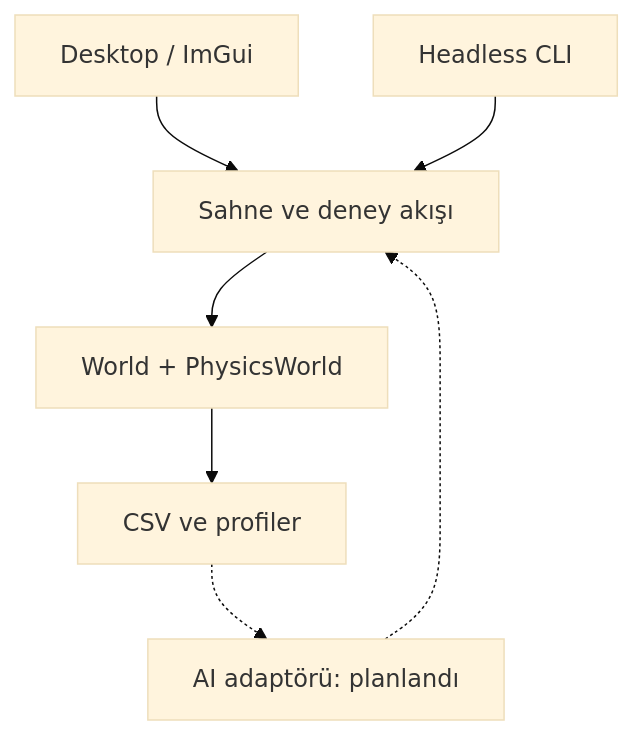
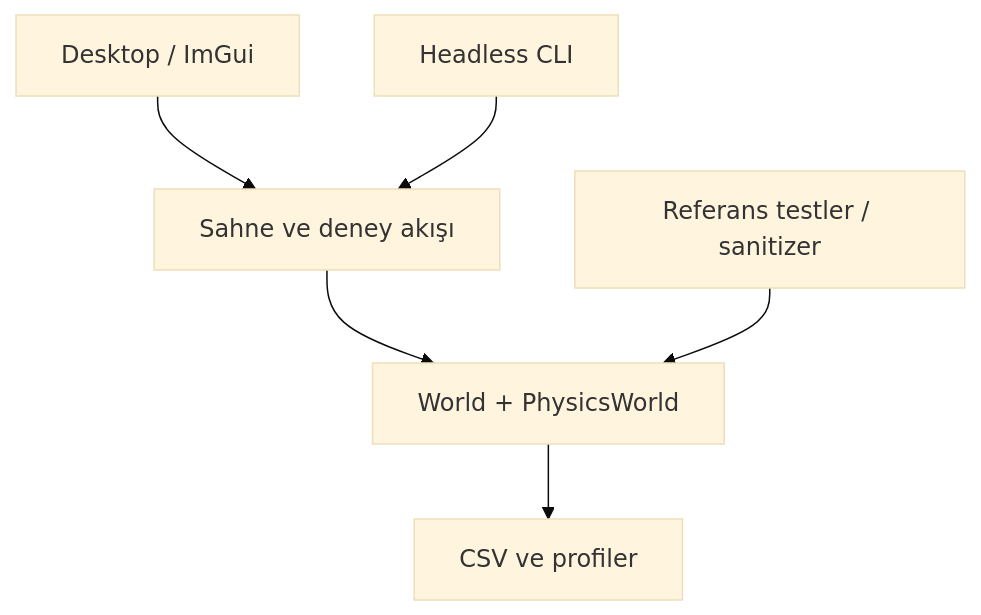
One commit to mirackeser/SimForge changed the diagram in docs/ARCHITECTURE.md. Above: the diagram before and after it, drawn with Mermaid (base theme). The commit also changed other lines of this file and 6 other files, not shown here.

````diff
--- a/docs/ARCHITECTURE.md
+++ b/docs/ARCHITECTURE.md
@@ -14,9 +14,8 @@
 ```mermaid
 flowchart TD
   UI["Desktop / ImGui"] --> Scenes["Sahne ve deney akışı"]
   CLI["Headless CLI"] --> Scenes
   Scenes --> Core["World + PhysicsWorld"]
   Core --> Trace["CSV ve profiler"]
-  AI["AI adaptörü: planlandı"] -.-> Scenes
-  Trace -.-> AI
+  Check["Referans testler / sanitizer"] --> Core
 ```
````
